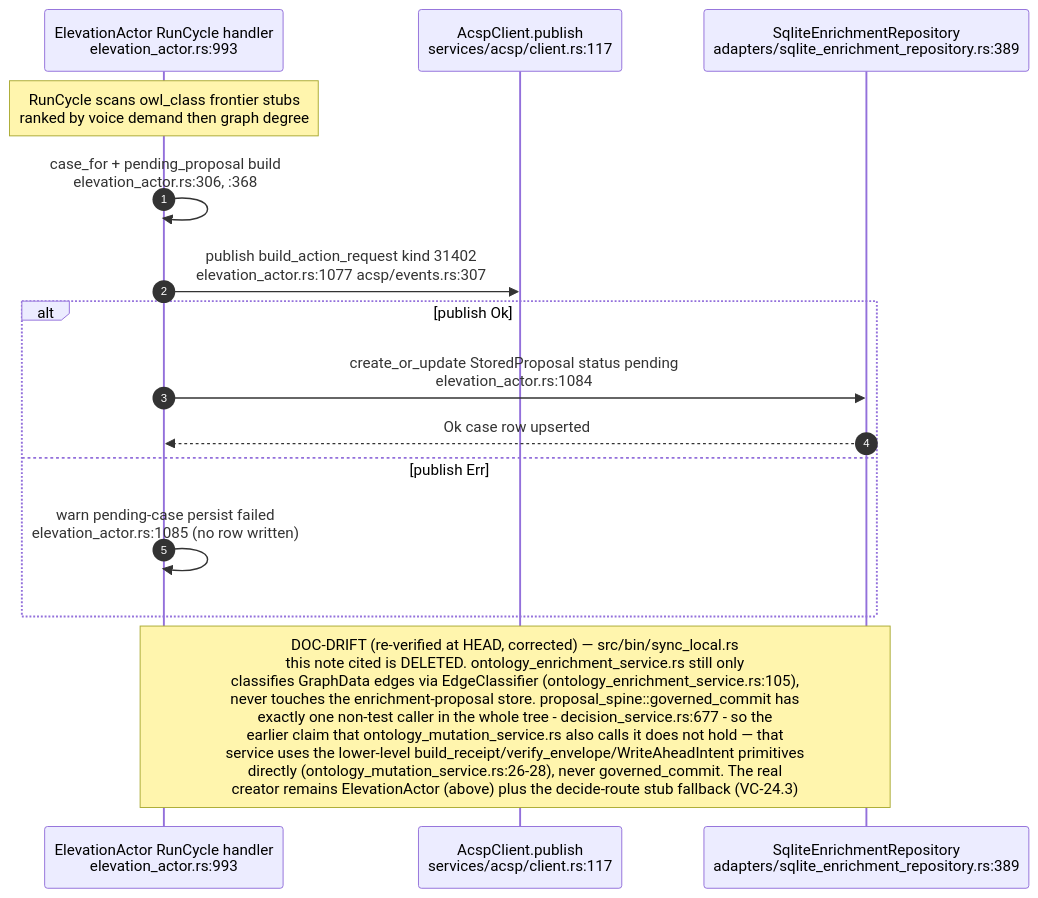
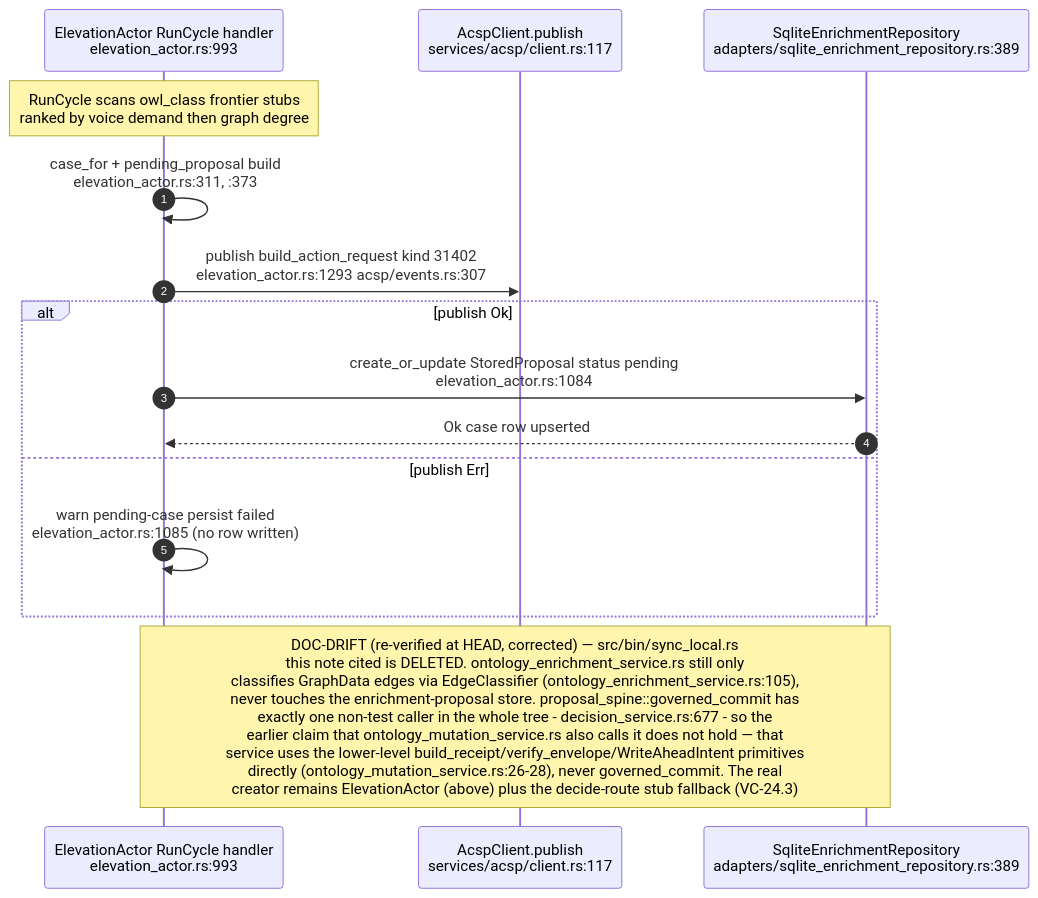
The second of 11 diagrams in docs/diagrams/visionclaw/24-acsp-decision-elevation.md (DreamLab-AI/VisionFlow), drawn with Mermaid before and after one commit. The commit also changed other lines of this file and 111 other files, not shown here.

Commit message:
docs(diagrams): align estate maps with current source

````diff
--- a/docs/diagrams/visionclaw/24-acsp-decision-elevation.md
+++ b/docs/diagrams/visionclaw/24-acsp-decision-elevation.md
@@ -65,17 +66,17 @@
 ```mermaid
 sequenceDiagram
     autonumber
     participant EA as ElevationActor RunCycle handler<br/>elevation_actor.rs:993
     participant ACSP as AcspClient.publish<br/>services/acsp/client.rs:117
     participant REPO as SqliteEnrichmentRepository<br/>adapters/sqlite_enrichment_repository.rs:389
     Note over EA: RunCycle scans owl_class frontier stubs<br/>ranked by voice demand then graph degree
-    EA->>EA: case_for + pending_proposal build<br/>elevation_actor.rs:306, :368
-    EA->>ACSP: publish build_action_request kind 31402<br/>elevation_actor.rs:1077 acsp/events.rs:307
+    EA->>EA: case_for + pending_proposal build<br/>elevation_actor.rs:311, :373
+    EA->>ACSP: publish build_action_request kind 31402<br/>elevation_actor.rs:1293 acsp/events.rs:307
     alt publish Ok
         EA->>REPO: create_or_update StoredProposal status pending<br/>elevation_actor.rs:1084
         REPO-->>EA: Ok case row upserted
     else publish Err
         EA->>EA: warn pending-case persist failed<br/>elevation_actor.rs:1085 (no row written)
     end
     Note over EA,REPO: DOC-DRIFT (re-verified at HEAD, corrected) — src/bin/sync_local.rs<br/>this note cited is DELETED. ontology_enrichment_service.rs still only<br/>classifies GraphData edges via EdgeClassifier (ontology_enrichment_service.rs:105),<br/>never touches the enrichment-proposal store. proposal_spine::governed_commit has<br/>exactly one non-test caller in the whole tree - decision_service.rs:677 - so the<br/>earlier claim that ontology_mutation_service.rs also calls it does not hold — that<br/>service uses the lower-level build_receipt/verify_envelope/WriteAheadIntent primitives<br/>directly (ontology_mutation_service.rs:26-28), never governed_commit. The real<br/>creator remains ElevationActor (above) plus the decide-route stub fallback (VC-24.3)
 ```
````
